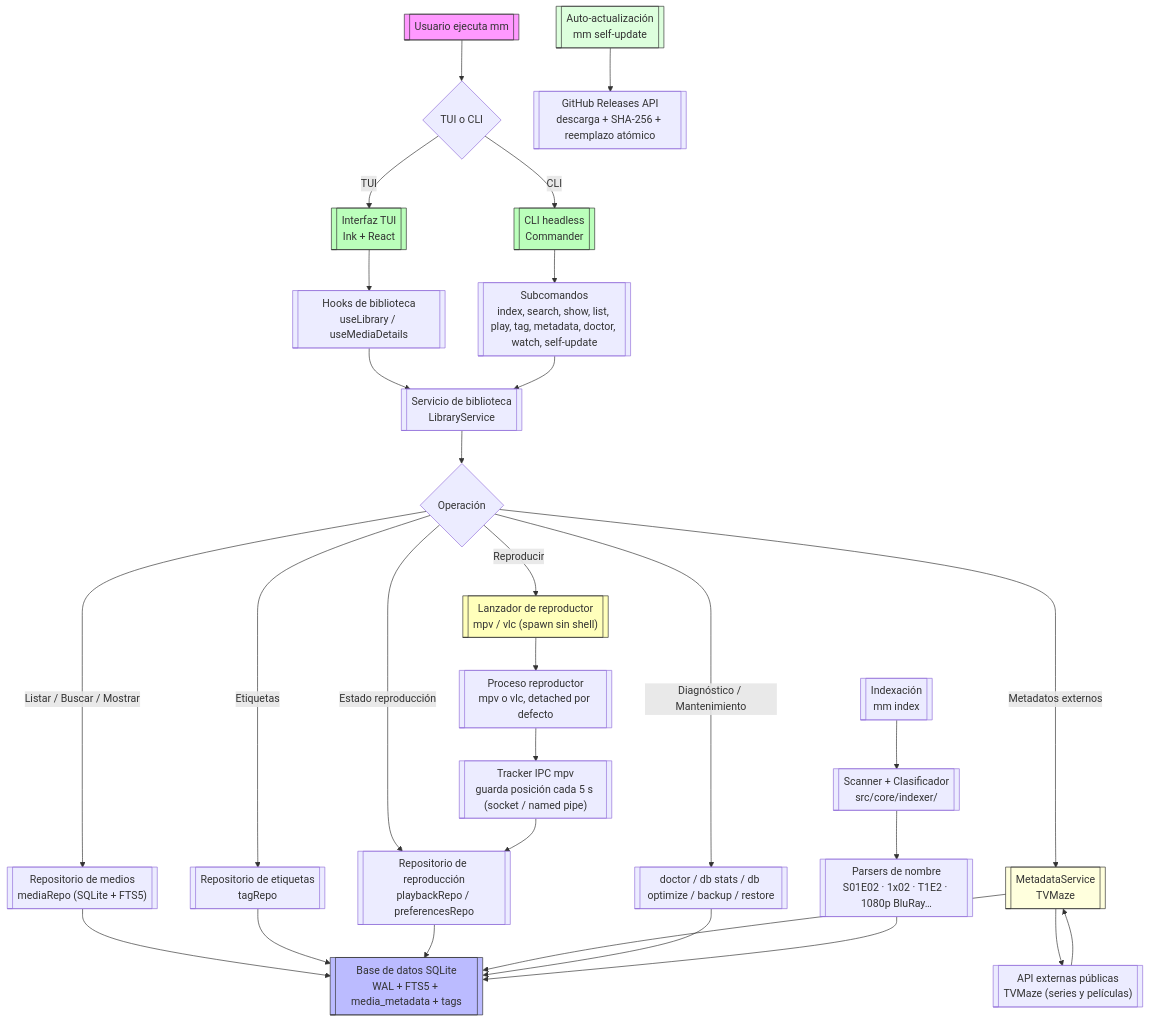
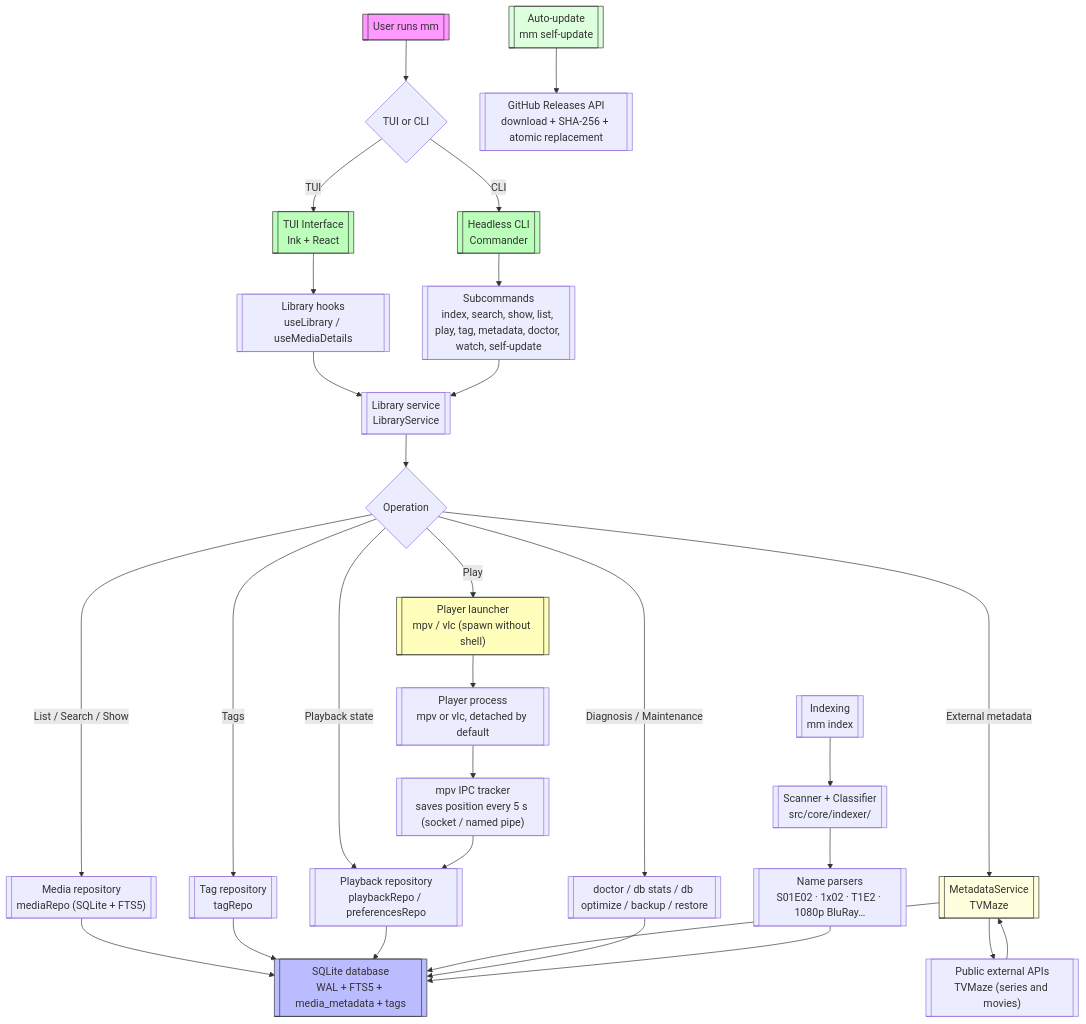
The diagram in README.md (Angel-p-v/media-manager-cli), drawn with Mermaid before and after one commit. The commit also changed other lines of this file, not shown here.

````diff
--- a/README.md
+++ b/README.md
@@ -416,49 +416,49 @@
 ```mermaid
 flowchart TD
-    A[["Usuario ejecuta mm"]] --> B{"TUI o CLI"}
+    A[["User runs mm"]] --> B{"TUI or CLI"}
 
-    B -->|TUI| C[["Interfaz TUI<br/>Ink + React"]]
-    B -->|CLI| D[["CLI headless<br/>Commander"]]
+    B -->|TUI| C[["TUI Interface<br/>Ink + React"]]
+    B -->|CLI| D[["Headless CLI<br/>Commander"]]
 
-    C --> E[["Hooks de biblioteca<br/>useLibrary / useMediaDetails"]]
-    D --> F[["Subcomandos<br/>index, search, show, list, play, tag, metadata, doctor, watch, self-update"]]
+    C --> E[["Library hooks<br/>useLibrary / useMediaDetails"]]
+    D --> F[["Subcommands<br/>index, search, show, list, play, tag, metadata, doctor, watch, self-update"]]
 
-    E --> G[["Servicio de biblioteca<br/>LibraryService"]]
+    E --> G[["Library service<br/>LibraryService"]]
     F --> G
 
-    G --> H{"Operación"}
+    G --> H{"Operation"}
 
-    H -->|Listar / Buscar / Mostrar| I[["Repositorio de medios<br/>mediaRepo (SQLite + FTS5)"]]
-    H -->|Reproducir| J[["Lanzador de reproductor<br/>mpv / vlc (spawn sin shell)"]]
-    H -->|Etiquetas| K[["Repositorio de etiquetas<br/>tagRepo"]]
-    H -->|Estado reproducción| L[["Repositorio de reproducción<br/>playbackRepo / preferencesRepo"]]
-    H -->|Metadatos externos| N[["MetadataService<br/>TVMaze"]]
-    H -->|Diagnóstico / Mantenimiento| O[["doctor / db stats / db optimize / backup / restore"]]
+    H -->|List / Search / Show| I[["Media repository<br/>mediaRepo (SQLite + FTS5)"]]
+    H -->|Play| J[["Player launcher<br/>mpv / vlc (spawn without shell)"]]
+    H -->|Tags| K[["Tag repository<br/>tagRepo"]]
+    H -->|Playback state| L[["Playback repository<br/>playbackRepo / preferencesRepo"]]
+    H -->|External metadata| N[["MetadataService<br/>TVMaze"]]
+    H -->|Diagnosis / Maintenance| O[["doctor / db stats / db optimize / backup / restore"]]
 
-    I --> M[["Base de datos SQLite<br/>WAL + FTS5 + media_metadata + tags"]]
-    J --> P[["Proceso reproductor<br/>mpv o vlc, detached por defecto"]]
+    I --> M[["SQLite database<br/>WAL + FTS5 + media_metadata + tags"]]
+    J --> P[["Player process<br/>mpv or vlc, detached by default"]]
     K --> M
     L --> M
     N --> M
     O --> M
 
-    P --> Q[["Tracker IPC mpv<br/>guarda posición cada 5 s (socket / named pipe)"]]
+    P --> Q[["mpv IPC tracker<br/>saves position every 5 s (socket / named pipe)"]]
     Q --> L
 
-    R[["Indexación<br/>mm index"]] --> S[["Scanner + Clasificador<br/>src/core/indexer/"]]
-    S --> T[["Parsers de nombre<br/>S01E02 · 1x02 · T1E2 · 1080p BluRay…"]]
+    R[["Indexing<br/>mm index"]] --> S[["Scanner + Classifier<br/>src/core/indexer/"]]
+    S --> T[["Name parsers<br/>S01E02 · 1x02 · T1E2 · 1080p BluRay…"]]
     T --> M
 
-    N --> U[["API externas públicas<br/>TVMaze (series y películas)"]]
+    N --> U[["Public external APIs<br/>TVMaze (series and movies)"]]
     U --> N
 
-    V[["Auto-actualización<br/>mm self-update"]] --> W[["GitHub Releases API<br/>descarga + SHA-256 + reemplazo atómico"]]
+    V[["Auto-update<br/>mm self-update"]] --> W[["GitHub Releases API<br/>download + SHA-256 + atomic replacement"]]
 
     style A fill:#f9f,stroke:#333
     style M fill:#bbf,stroke:#333
     style J fill:#ffb,stroke:#333
     style C fill:#bfb,stroke:#333
     style D fill:#bfb,stroke:#333
     style N fill:#ffd,stroke:#333
     style V fill:#dfd,stroke:#333
 ```
````
